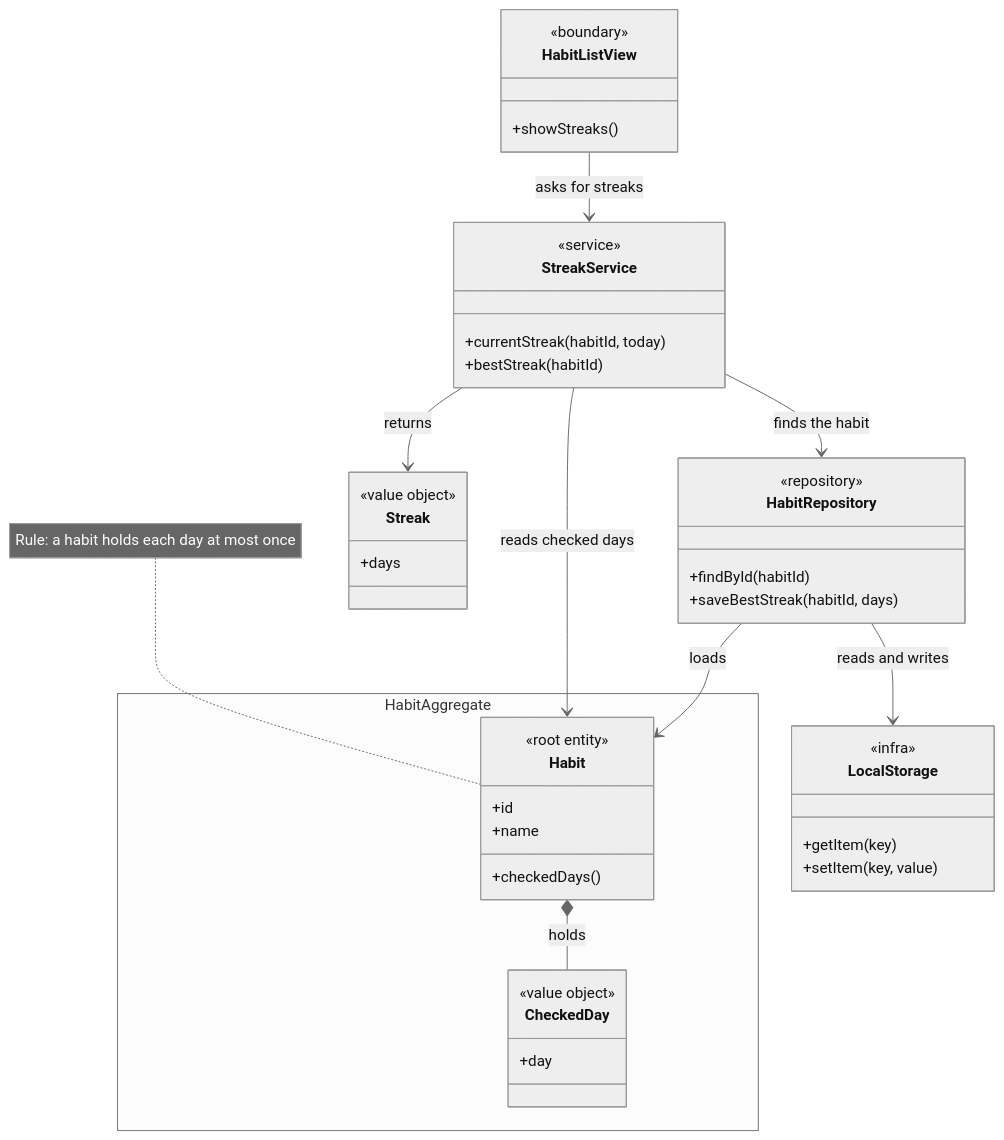
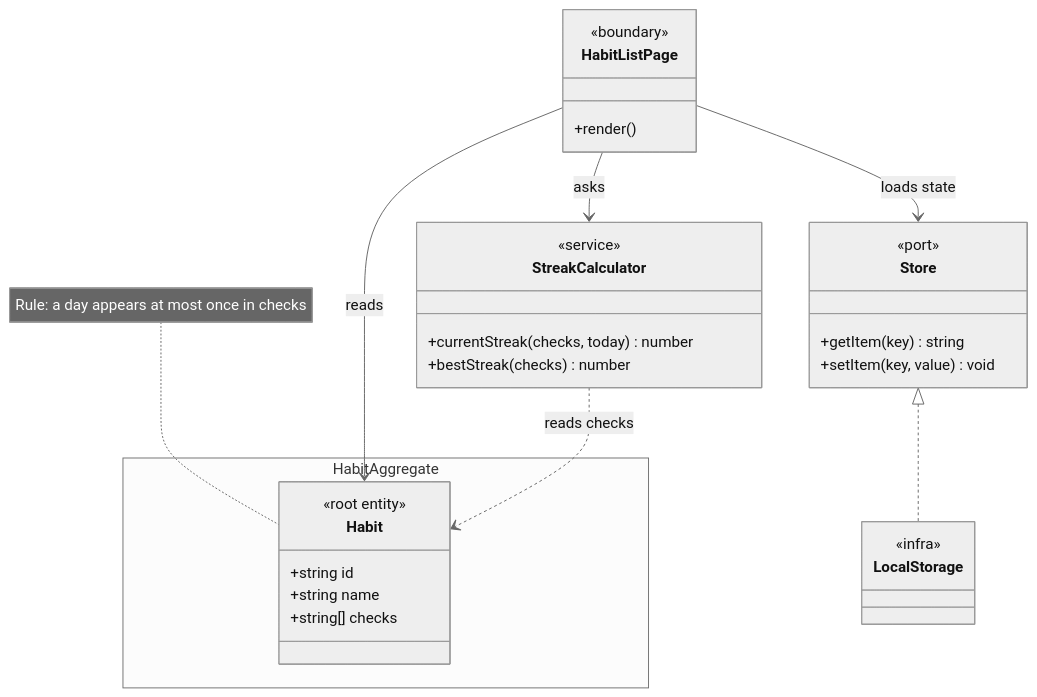
The first of 3 diagrams in toolkit/sample/story-to-code/stages/planned/.plans/habits/slices/streaks/UC-streaks.md (joisse1101/the-toolbox), drawn with Mermaid (neutral theme) before and after one commit. The commit also changed other lines of this file and 20 other files, not shown here.

````diff
--- a/toolkit/sample/story-to-code/stages/planned/.plans/habits/slices/streaks/UC-streaks.md
+++ b/toolkit/sample/story-to-code/stages/planned/.plans/habits/slices/streaks/UC-streaks.md
@@ -50,46 +50,34 @@
 ```mermaid
 classDiagram
-  class HabitListView {
+  namespace HabitAggregate {
+    class Habit {
+      <<root entity>>
+      +string id
+      +string name
+      +string[] checks
+    }
+  }
+  note for Habit "Rule: a day appears at most once in checks"
+  class HabitListPage {
     <<boundary>>
-    +showStreaks()
+    +render()
   }
-  class StreakService {
+  class StreakCalculator {
     <<service>>
-    +currentStreak(habitId, today)
-    +bestStreak(habitId)
+    +currentStreak(checks, today) number
+    +bestStreak(checks) number
   }
-  class HabitRepository {
-    <<repository>>
-    +findById(habitId)
-    +saveBestStreak(habitId, days)
+  class Store {
+    <<port>>
+    +getItem(key) string
+    +setItem(key, value) void
   }
   class LocalStorage {
     <<infra>>
-    +getItem(key)
-    +setItem(key, value)
   }
-  class Streak {
-    <<value object>>
-    +days
-  }
-  namespace HabitAggregate {
-    class Habit {
-      <<root entity>>
-      +id
-      +name
-      +checkedDays()
-    }
-    class CheckedDay {
-      <<value object>>
-      +day
-    }
-  }
-  note for Habit "Rule: a habit holds each day at most once"
-  HabitListView --> StreakService : asks for streaks
-  StreakService --> HabitRepository : finds the habit
-  StreakService --> Habit : reads checked days
-  StreakService --> Streak : returns
-  HabitRepository --> Habit : loads
-  HabitRepository --> LocalStorage : reads and writes
-  Habit *-- CheckedDay : holds
+  HabitListPage --> StreakCalculator : asks
+  HabitListPage --> Habit : reads
+  StreakCalculator ..> Habit : reads checks
+  HabitListPage --> Store : loads state
+  Store <|.. LocalStorage
 ```
````
